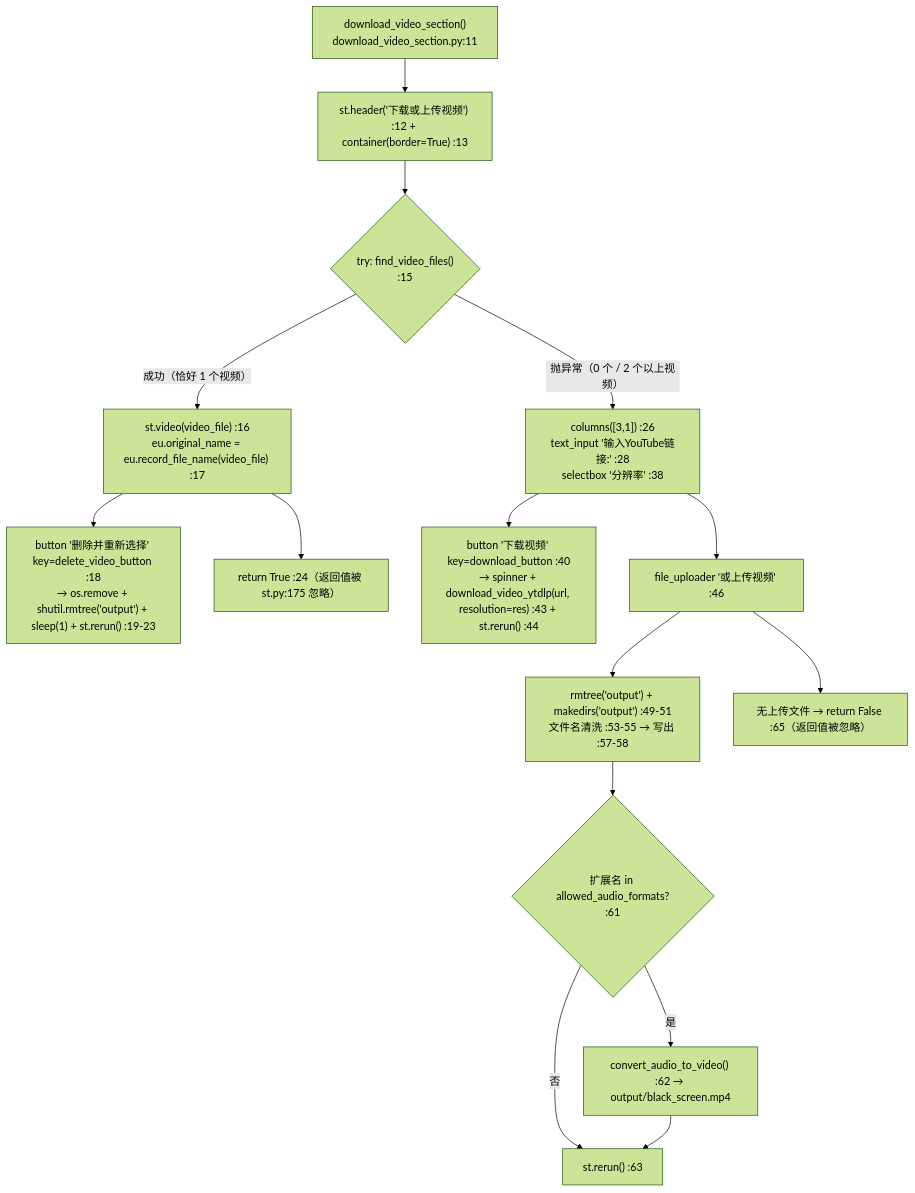
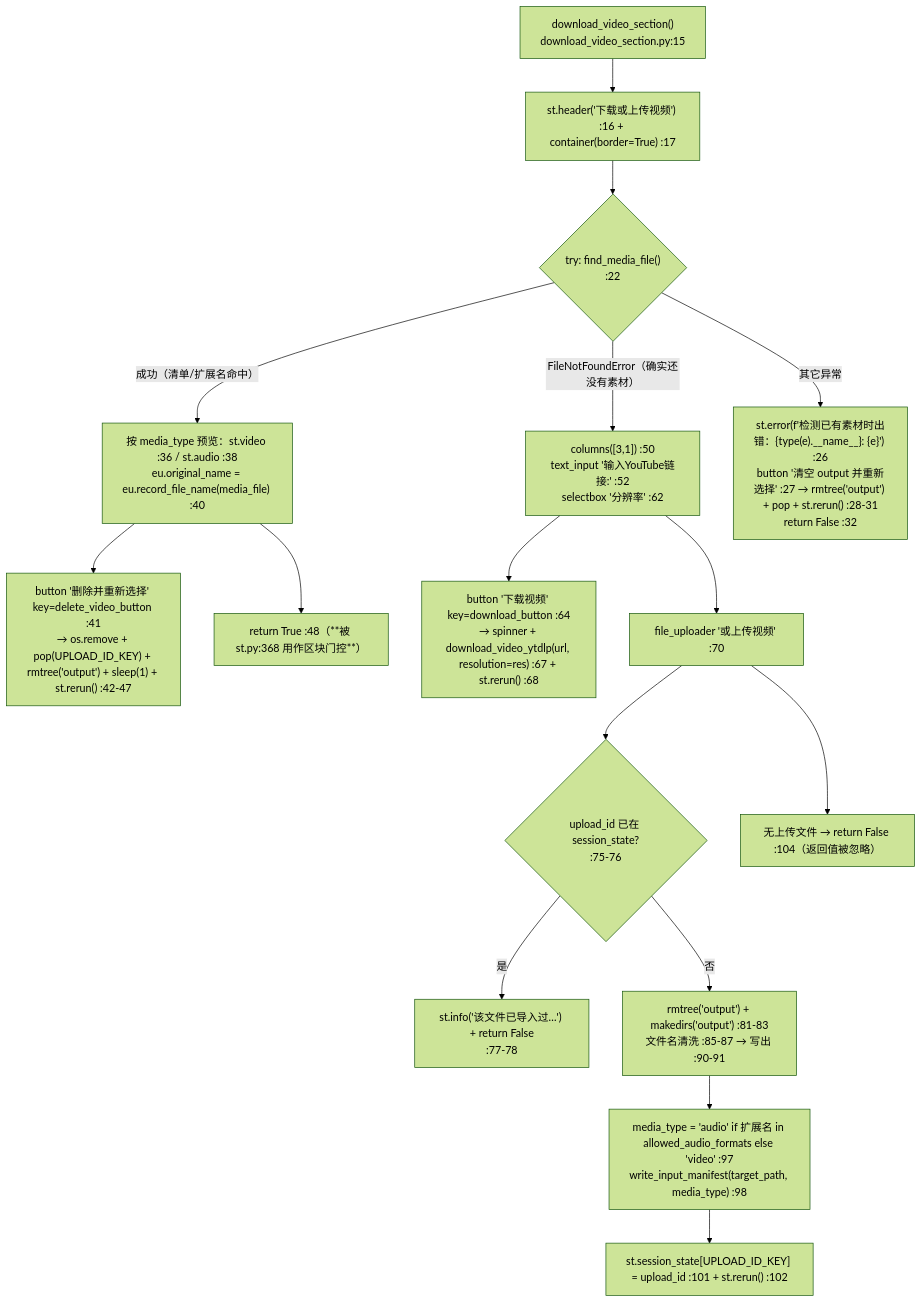
The third of 3 diagrams in devdocs/04-interfaces/02-Streamlit界面组件.md (Brzjomo/VideoLingoMove), drawn with Mermaid (forest theme) before and after one commit. The commit also changed other lines of this file and 30 other files, not shown here.

````diff
--- a/devdocs/04-interfaces/02-Streamlit界面组件.md
+++ b/devdocs/04-interfaces/02-Streamlit界面组件.md
@@ -104,17 +104,18 @@
 ```mermaid
 flowchart TD
-    A["download_video_section()<br/>download_video_section.py:11"] --> B["st.header('下载或上传视频') :12 + container(border=True) :13"]
-    B --> C{"try: find_video_files()<br/>:15"}
-    C -- "成功（恰好 1 个视频）" --> D["st.video(video_file) :16<br/>eu.original_name = eu.record_file_name(video_file) :17"]
-    D --> E["button '删除并重新选择' key=delete_video_button :18<br/>→ os.remove + shutil.rmtree('output') + sleep(1) + st.rerun() :19-23"]
-    D --> F["return True :24（返回值被 st.py:175 忽略）"]
-    C -- "抛异常（0 个 / 2 个以上视频）" --> G["columns([3,1]) :26<br/>text_input '输入YouTube链接:' :28<br/>selectbox '分辨率' :38"]
-    G --> H["button '下载视频' key=download_button :40<br/>→ spinner + download_video_ytdlp(url, resolution=res) :43 + st.rerun() :44"]
-    G --> I["file_uploader '或上传视频' :46"]
-    I --> J["rmtree('output') + makedirs('output') :49-51<br/>文件名清洗 :53-55 → 写出 :57-58"]
-    J --> K{"扩展名 in allowed_audio_formats?<br/>:61"}
-    K -- 是 --> L["convert_audio_to_video() :62 → output/black_screen.mp4"]
-    K -- 否 --> M["st.rerun() :63"]
-    L --> M
-    I --> N["无上传文件 → return False :65（返回值被忽略）"]
+    A["download_video_section()<br/>download_video_section.py:15"] --> B["st.header('下载或上传视频') :16 + container(border=True) :17"]
+    B --> C{"try: find_media_file()<br/>:22"}
+    C -- "成功（清单/扩展名命中）" --> D["按 media_type 预览：st.video :36 / st.audio :38<br/>eu.original_name = eu.record_file_name(media_file) :40"]
+    D --> E["button '删除并重新选择' key=delete_video_button :41<br/>→ os.remove + pop(UPLOAD_ID_KEY) + rmtree('output') + sleep(1) + st.rerun() :42-47"]
+    D --> F["return True :48（**被 st.py:368 用作区块门控**）"]
+    C -- "FileNotFoundError（确实还没有素材）" --> G["columns([3,1]) :50<br/>text_input '输入YouTube链接:' :52<br/>selectbox '分辨率' :62"]
+    G --> H["button '下载视频' key=download_button :64<br/>→ spinner + download_video_ytdlp(url, resolution=res) :67 + st.rerun() :68"]
+    G --> I["file_uploader '或上传视频' :70"]
+    I --> I2{"upload_id 已在 session_state?<br/>:75-76"}
+    I2 -- "是" --> I3["st.info('该文件已导入过…') + return False<br/>:77-78"]
+    I2 -- "否" --> J["rmtree('output') + makedirs('output') :81-83<br/>文件名清洗 :85-87 → 写出 :90-91"]
+    J --> K["media_type = 'audio' if 扩展名 in allowed_audio_formats else 'video' :97<br/>write_input_manifest(target_path, media_type) :98"]
+    K --> L["st.session_state[UPLOAD_ID_KEY] = upload_id :101 + st.rerun() :102"]
+    I --> N["无上传文件 → return False :104（返回值被忽略）"]
+    C -- "其它异常" --> O["st.error(f'检测已有素材时出错：{type(e).__name__}: {e}') :26<br/>button '清空 output 并重新选择' :27 → rmtree('output') + pop + st.rerun() :28-31<br/>return False :32"]
 ```
````
